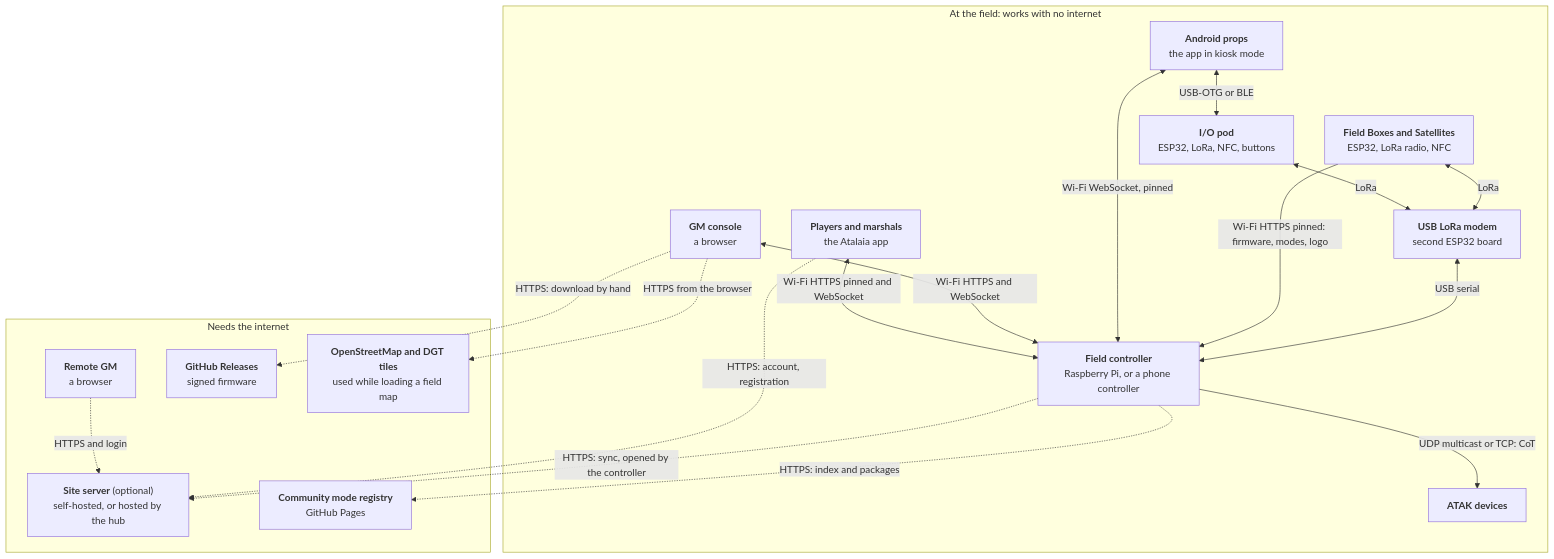
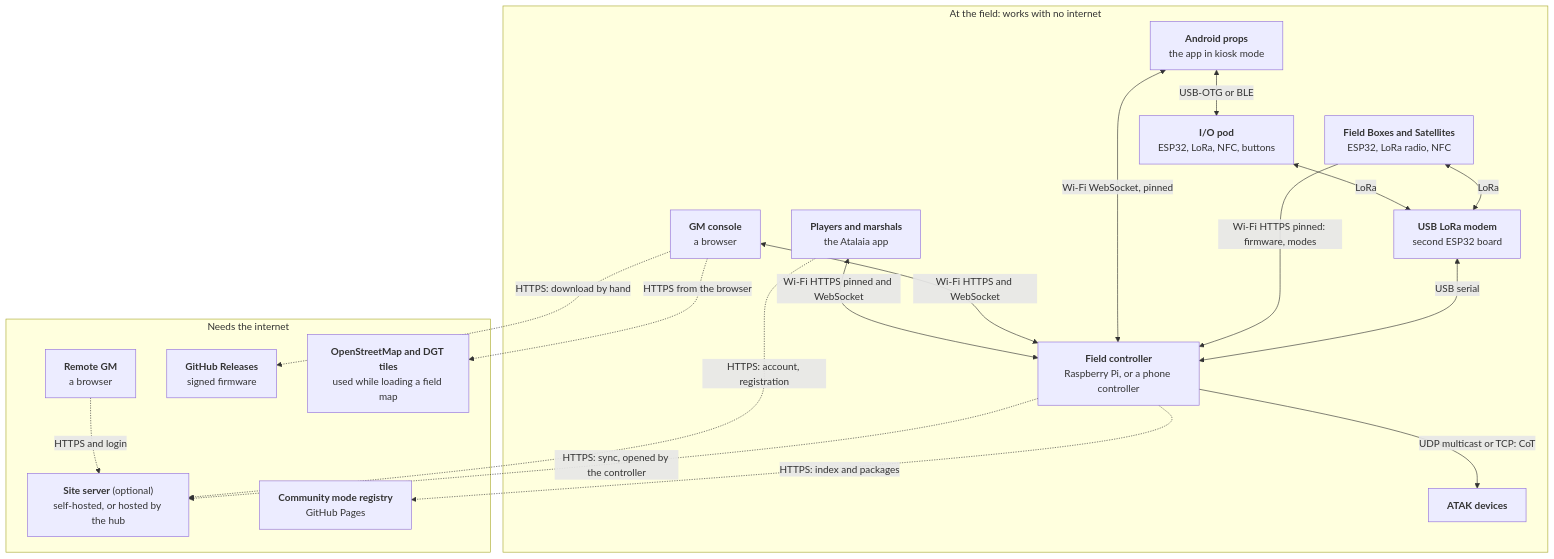
The first of 7 diagrams in docs/architecture.md (vakaobr/atalaia-project), drawn with Mermaid before and after one commit. The commit also changed other lines of this file and 73 other files, not shown here.

````diff
--- a/docs/architecture.md
+++ b/docs/architecture.md
@@ -44,47 +44,47 @@
 ```mermaid
 flowchart TB
     subgraph field["At the field: works with no internet"]
         boxes["`**Field Boxes and Satellites**
 ESP32, LoRa radio, NFC`"]
         modem["`**USB LoRa modem**
 second ESP32 board`"]
         pod["`**I/O pod**
 ESP32, LoRa, NFC, buttons`"]
         ctrl["`**Field controller**
 Raspberry Pi, or a phone controller`"]
         gm["`**GM console**
 a browser`"]
         phones["`**Players and marshals**
 the Atalaia app`"]
         props["`**Android props**
 the app in kiosk mode`"]
         atak["`**ATAK devices**`"]
     end
     subgraph net["Needs the internet"]
         site["`**Site server** (optional)
 self-hosted, or hosted by the hub`"]
         rgm["`**Remote GM**
 a browser`"]
         reg["`**Community mode registry**
 GitHub Pages`"]
         gh["`**GitHub Releases**
 signed firmware`"]
         maps["`**OpenStreetMap and DGT tiles**
 used while loading a field map`"]
     end
     boxes <-->|"LoRa"| modem
     modem <-->|"USB serial"| ctrl
     pod <-->|"LoRa"| modem
-    boxes -->|"Wi-Fi HTTPS pinned: firmware, modes, logo"| ctrl
+    boxes -->|"Wi-Fi HTTPS pinned: firmware, modes"| ctrl
     props <-->|"Wi-Fi WebSocket, pinned"| ctrl
     props <-->|"USB-OTG or BLE"| pod
     gm <-->|"Wi-Fi HTTPS and WebSocket"| ctrl
     phones <-->|"Wi-Fi HTTPS pinned and WebSocket"| ctrl
     ctrl -->|"UDP multicast or TCP: CoT"| atak
     ctrl -.->|"HTTPS: sync, opened by the controller"| site
     phones -.->|"HTTPS: account, registration"| site
     rgm -.->|"HTTPS and login"| site
     ctrl -.->|"HTTPS: index and packages"| reg
     gm -.->|"HTTPS: download by hand"| gh
     gm -.->|"HTTPS from the browser"| maps
 ```
````
